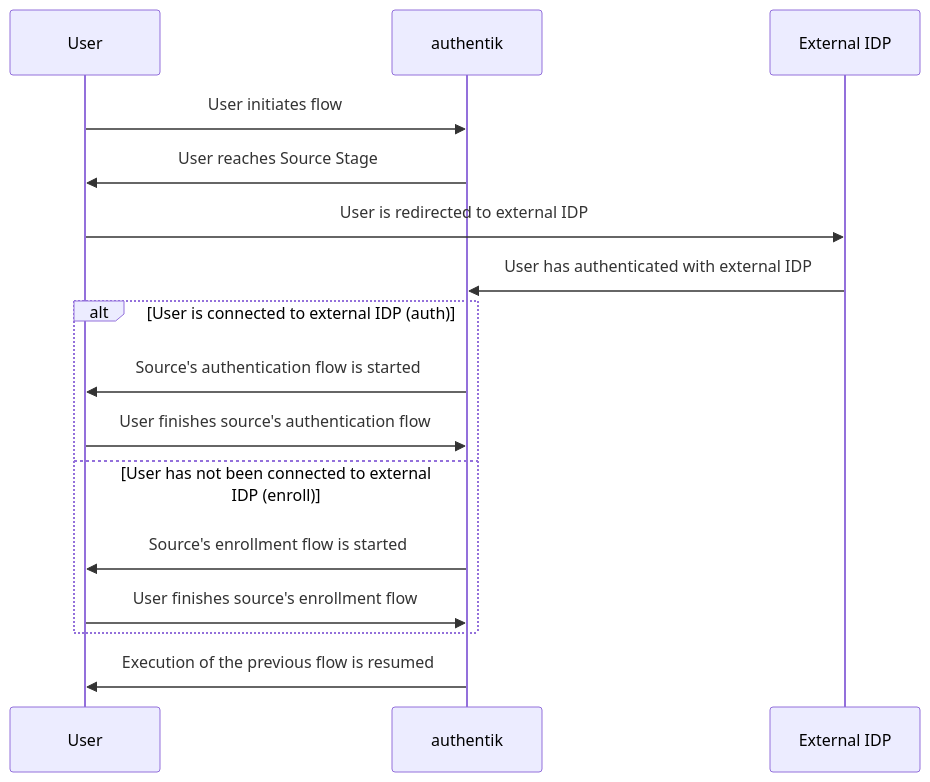
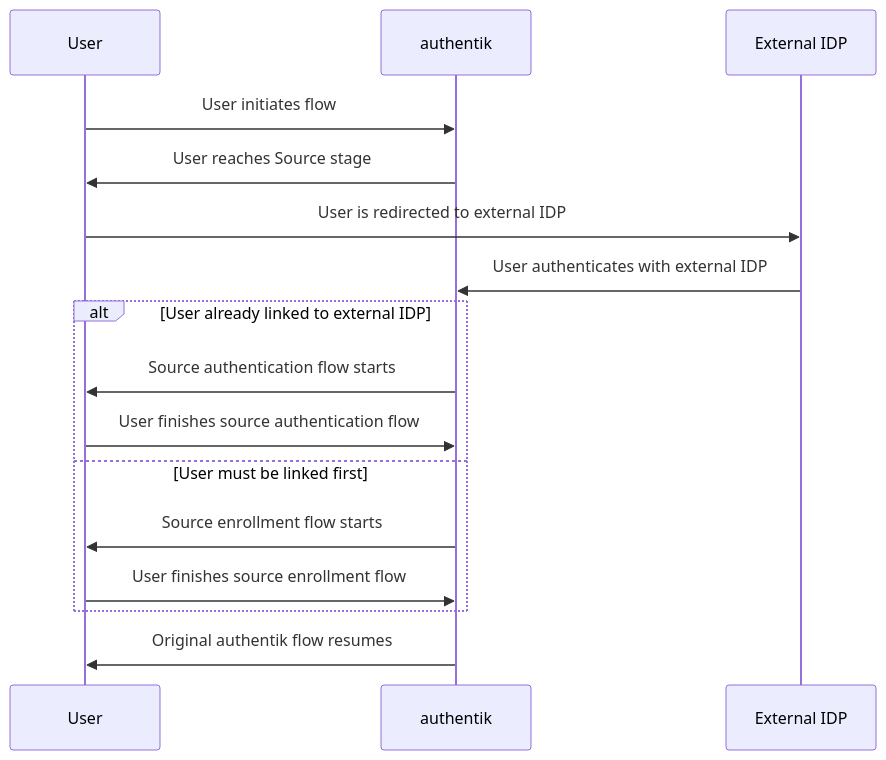
Before and after one commit to herobrauni/authentik: the diagram in website/docs/add-secure-apps/flows-stages/stages/source/index.md, drawn with Mermaid. The commit also changed other lines of this file and 61 other files, not shown here.

````diff
--- a/website/docs/add-secure-apps/flows-stages/stages/source/index.md
+++ b/website/docs/add-secure-apps/flows-stages/stages/source/index.md
@@ -24,22 +41,22 @@
 ```mermaid
 sequenceDiagram
     participant u as User
     participant ak as authentik
     participant eidp as External IDP
 
     u->>ak: User initiates flow
-    ak->>u: User reaches Source Stage
+    ak->>u: User reaches Source stage
 
     u->>eidp: User is redirected to external IDP
-    eidp->>ak: User has authenticated with external IDP
+    eidp->>ak: User authenticates with external IDP
 
-    alt User is connected to external IDP (auth)
-        ak->>u: Source's authentication flow is started
-        u->>ak: User finishes source's authentication flow
-    else User has not been connected to external IDP (enroll)
-        ak->>u: Source's enrollment flow is started
-        u->>ak: User finishes source's enrollment flow
+    alt User already linked to external IDP
+        ak->>u: Source authentication flow starts
+        u->>ak: User finishes source authentication flow
+    else User must be linked first
+        ak->>u: Source enrollment flow starts
+        u->>ak: User finishes source enrollment flow
     end
 
-    ak->>u: Execution of the previous flow is resumed
+    ak->>u: Original authentik flow resumes
 ```
````
